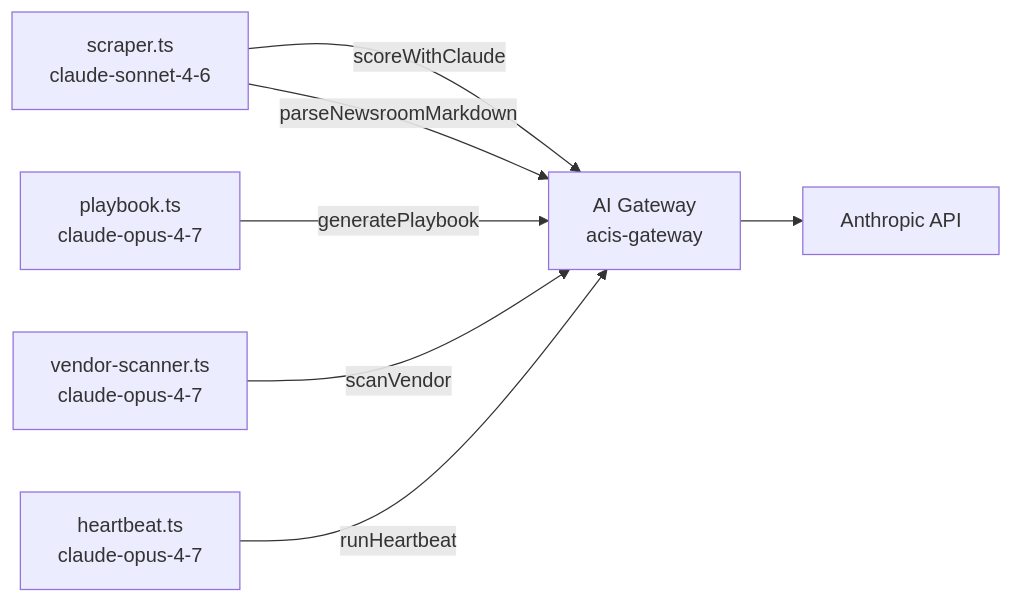
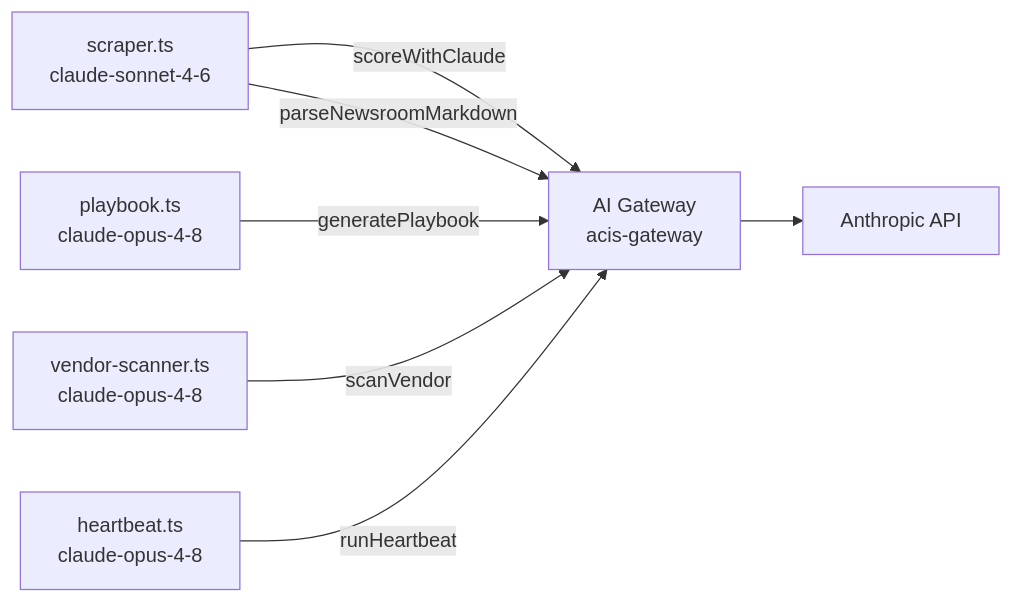
Before and after one commit to ross0nline/acis: the diagram in ainotebook/011-claude-api-usage-inventory.md, drawn with Mermaid. The commit also changed other lines of this file and 5 other files, not shown here.

````diff
--- a/ainotebook/011-claude-api-usage-inventory.md
+++ b/ainotebook/011-claude-api-usage-inventory.md
@@ -12,14 +12,14 @@
 ```mermaid
 flowchart LR
     scraper["scraper.ts\nclaude-sonnet-4-6"]
-    playbook["playbook.ts\nclaude-opus-4-7"]
-    scanner["vendor-scanner.ts\nclaude-opus-4-7"]
-    heartbeat["heartbeat.ts\nclaude-opus-4-7"]
+    playbook["playbook.ts\nclaude-opus-4-8"]
+    scanner["vendor-scanner.ts\nclaude-opus-4-8"]
+    heartbeat["heartbeat.ts\nclaude-opus-4-8"]
 
     scraper -->|scoreWithClaude| GW["AI Gateway\nacis-gateway"]
     scraper -->|parseNewsroomMarkdown| GW
     playbook -->|generatePlaybook| GW
     scanner -->|scanVendor| GW
     heartbeat -->|runHeartbeat| GW
     GW --> API["Anthropic API"]
 ```
````
